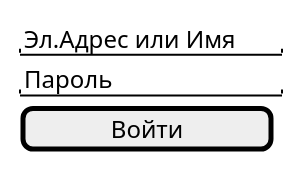
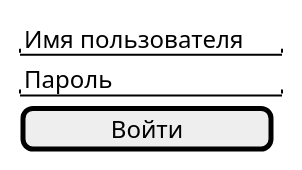
Before and after one commit to Daemon712/foobarbaz-backend: the diagram in design/ui/sign_in.puml, drawn with PlantUML. The commit also changed 5 other files, not shown here.

```diff
--- a/design/ui/sign_in.puml
+++ b/design/ui/sign_in.puml
@@ -1,8 +1,8 @@
 @startuml
 salt
 {
-    "Эл.Адрес или Имя"
+    "Имя пользователя"
     "Пароль          "
     [Войти          ]
 }
 @enduml
```
